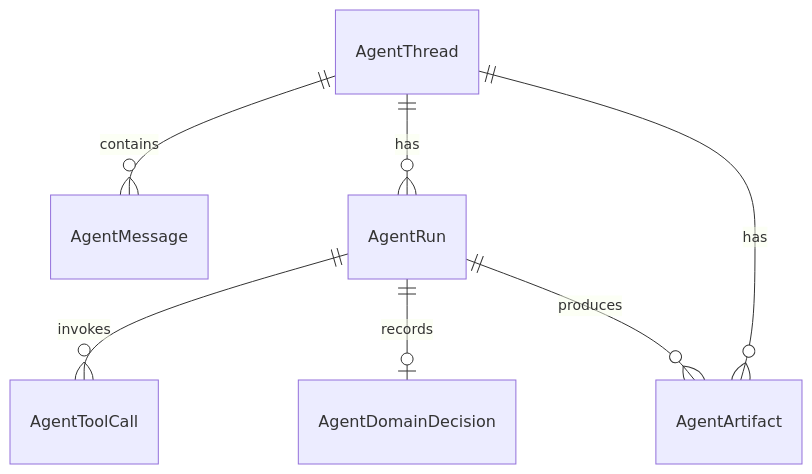
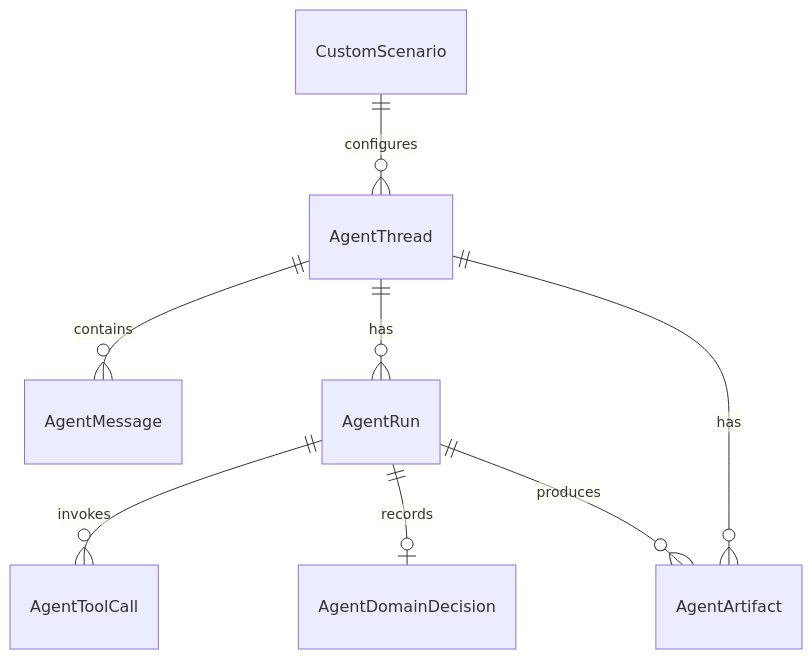
The diagram in Docs/Agent Service/03 - Модель Данных/01 - Основные сущности/Entities - Список сущностей микросервиса Agent Service.md (Kamil-Zuki/Polyraspad), drawn with Mermaid before and after one commit. The commit also changed other lines of this file and 11 other files, not shown here.

Commit message:
Document missing entities (Reader, Tags, Grammar, Custom Scenarios) in Vocabulary and Agent Services

````diff
--- a/Docs/Agent Service/03 - Модель Данных/01 - Основные сущности/Entities - Список сущностей микросервиса Agent Service.md
+++ b/Docs/Agent Service/03 - Модель Данных/01 - Основные сущности/Entities - Список сущностей микросервиса Agent Service.md
@@ -15,9 +16,10 @@
 ```mermaid
 erDiagram
   AgentThread ||--o{ AgentMessage : contains
   AgentThread ||--o{ AgentRun : has
   AgentThread ||--o{ AgentArtifact : has
   AgentRun ||--o{ AgentToolCall : invokes
   AgentRun ||--o| AgentDomainDecision : records
   AgentRun ||--o{ AgentArtifact : produces
+  CustomScenario ||--o{ AgentThread : configures
 ```
````
